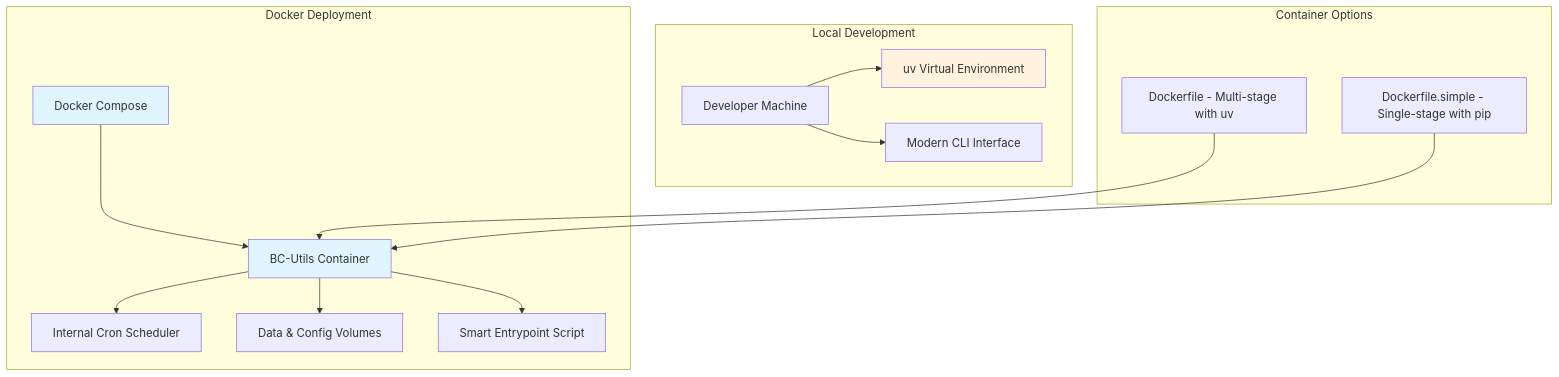
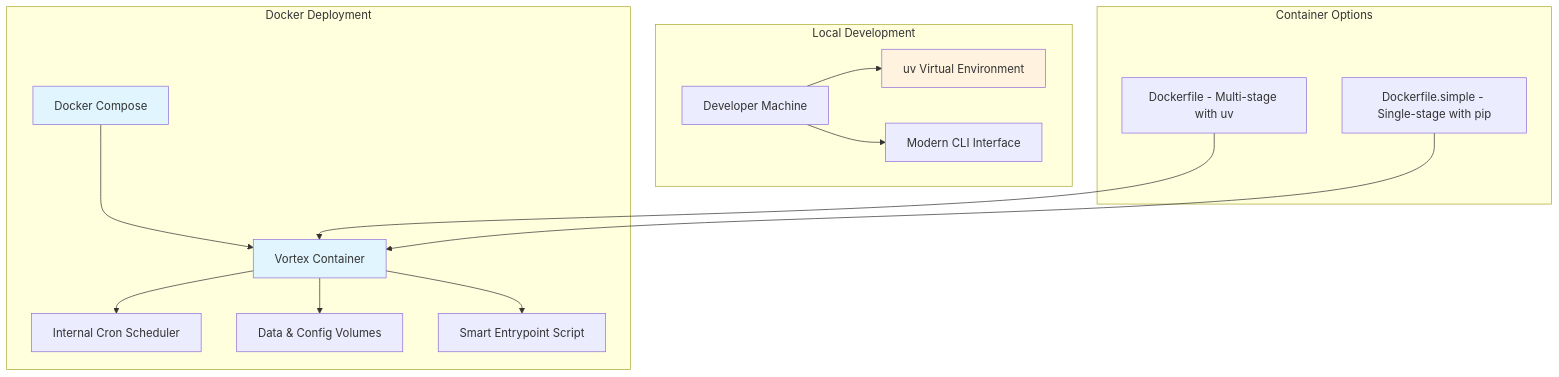
The fifth of 6 diagrams in docs/design/hld/01-system-overview.md (makutaku/vortex), drawn with Mermaid before and after one commit. The commit also changed other lines of this file and 15 other files, not shown here.

First line of the commit message:
Complete documentation rebrand from BC-Utils to Vortex

````diff
--- a/docs/design/hld/01-system-overview.md
+++ b/docs/design/hld/01-system-overview.md
@@ -209,34 +209,34 @@
 ```mermaid
 graph TB
     subgraph "Local Development"
         Dev[Developer Machine]
         UV[uv Virtual Environment]
         CLI[Modern CLI Interface]
     end
     
     subgraph "Docker Deployment"
         Compose[Docker Compose]
-        Container[BC-Utils Container]
+        Container[Vortex Container]
         Cron[Internal Cron Scheduler]
         Volumes[Data & Config Volumes]
         Entrypoint[Smart Entrypoint Script]
     end
     
     subgraph "Container Options"
         Dockerfile1[Dockerfile - Multi-stage with uv]
         Dockerfile2[Dockerfile.simple - Single-stage with pip]
     end
     
     Dev --> UV
     Dev --> CLI
     Compose --> Container
     Container --> Cron
     Container --> Volumes
     Container --> Entrypoint
     Dockerfile1 --> Container
     Dockerfile2 --> Container
     
     style Container fill:#e1f5fe
     style Compose fill:#e1f5fe
     style UV fill:#fff3e0
 ```
````
